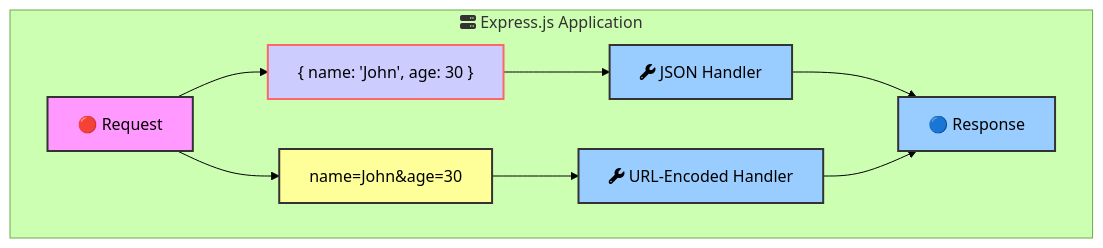
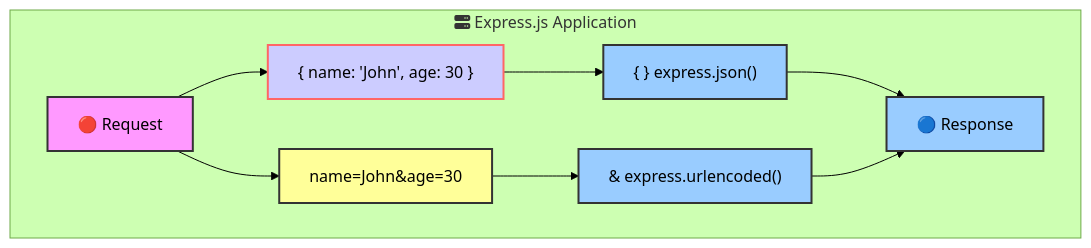
Diagram 11 of 22 in _posts/2024-07-15-expressjs-summary.md (kelvin-bz/blog), drawn with Mermaid (forest theme) before and after one commit. The commit also changed other lines of this file, not shown here.

````diff
--- a/_posts/2024-07-15-expressjs-summary.md
+++ b/_posts/2024-07-15-expressjs-summary.md
@@ -561,26 +561,27 @@
 ```mermaid
 graph TD
     subgraph expressApp["fa:fa-server Express.js Application"]
         request["🔴 Request"]
         jsonBody["{ name: 'John', age: 30 }"]
         urlEncodedBody["name=John&age=30"]
-        jsonHandler["fa:fa-wrench JSON Handler"]
-        urlEncodedHandler["fa:fa-wrench URL-Encoded Handler"]
+        jsonMiddleware["{ } express.json()"]
+        urlEncodedMiddleware["&  express.urlencoded() "]
         response["🔵 Response"]
     end
 
     request --> jsonBody
-    jsonBody --> jsonHandler
-    jsonHandler --> response
+    jsonBody --> jsonMiddleware
+    jsonMiddleware --> response
 
     request --> urlEncodedBody
-    urlEncodedBody --> urlEncodedHandler
-    urlEncodedHandler --> response
+    urlEncodedBody --> urlEncodedMiddleware
+    urlEncodedMiddleware --> response
 
     style request fill:#f9f,stroke:#333,stroke-width:2px
     style jsonBody fill:#ccf,stroke:#f66,stroke-width:2px
     style urlEncodedBody fill:#ff9,stroke:#333,stroke-width:2px
-    style jsonHandler fill:#9cf,stroke:#333,stroke-width:2px
-    style urlEncodedHandler fill:#9cf,stroke:#333,stroke-width:2px
+    style jsonMiddleware fill:#9cf,stroke:#333,stroke-width:2px
+    style urlEncodedMiddleware fill:#9cf,stroke:#333,stroke-width:2px
     style response fill:#9cf,stroke:#333,stroke-width:2px
+
 ```
````
